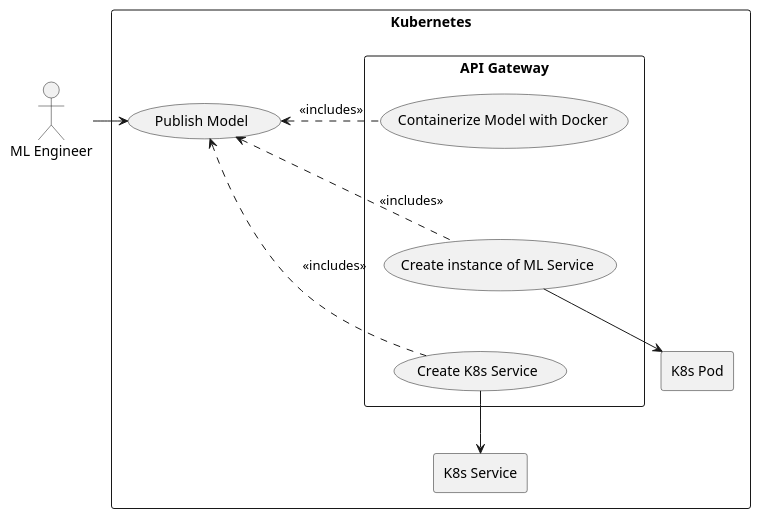
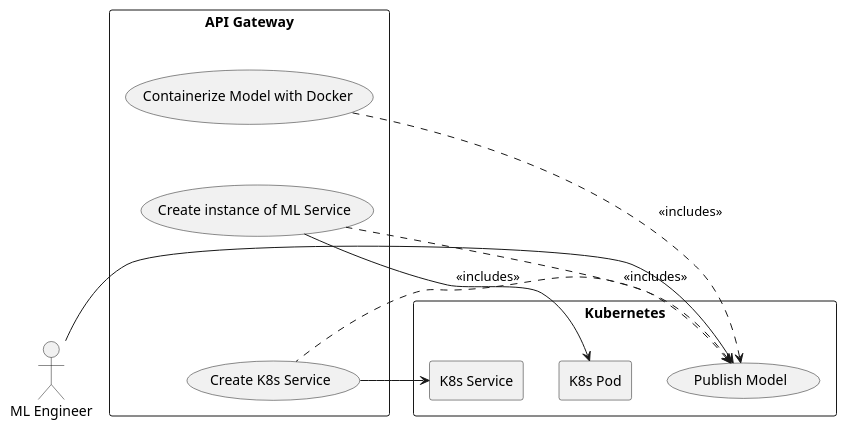
Before and after one commit to fanglores/Advanced-Software-Design: the diagram in General/UseCases/puml/9_uc_service_deployment.puml, drawn with PlantUML. The commit also changed 10 other files, not shown here.

```diff
--- a/General/UseCases/puml/9_uc_service_deployment.puml
+++ b/General/UseCases/puml/9_uc_service_deployment.puml
@@ -1,29 +1,30 @@
 @startuml
 
 actor "ML Engineer" as mlengineer
 
+rectangle "API Gateway" as System {
+  usecase "Create instance of ML Service" as uc2
+  usecase "Containerize Model with Docker" as uc3
+  usecase "Create K8s Service" as uc4
+}
+
 rectangle "Kubernetes" as K8s {
   usecase "Publish Model" as uc1
-  rectangle "API Gateway" as System {
-    usecase "Create instance of ML Service" as uc2
-    usecase "Containerize Model with Docker" as uc3
-    usecase "Create K8s Service" as uc4
-  }
-  
+
   rectangle "K8s Pod" as K8Pod {
   }
   
   rectangle "K8s Service" as K8Service {
   }
 }
 
 mlengineer -R-> uc1
 uc1 <.R. uc2 : <<includes>>
 uc3 -[hidden]-> uc2
 uc1 <.R. uc3 : <<includes>>
 uc1 <.R. uc4 : <<includes>>
 uc4 -[hidden]U-> uc2
 uc2 --> K8Pod
 K8Service <-U- uc4
 
 @enduml
```
